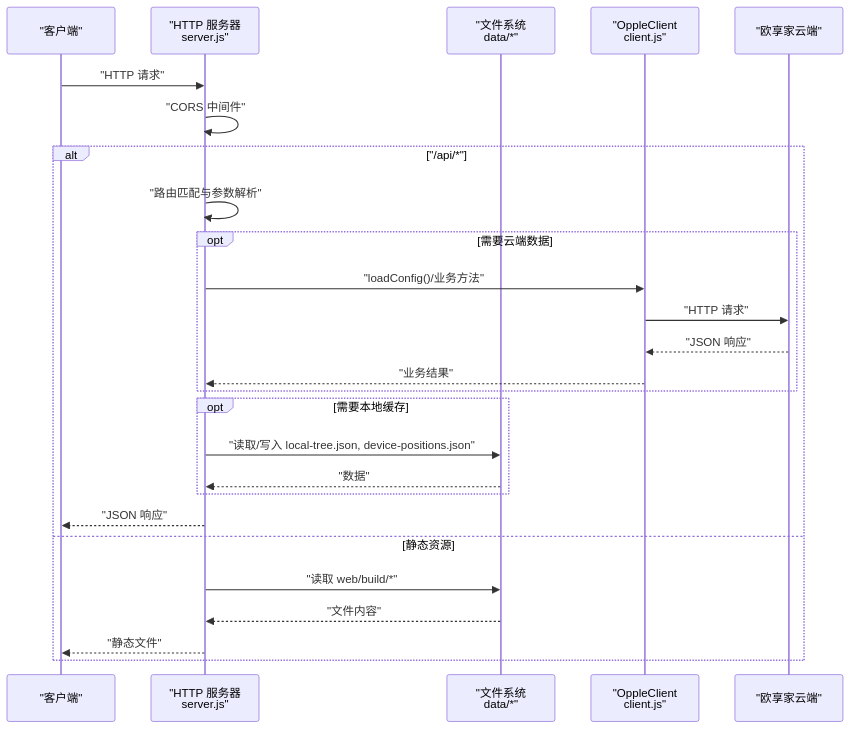
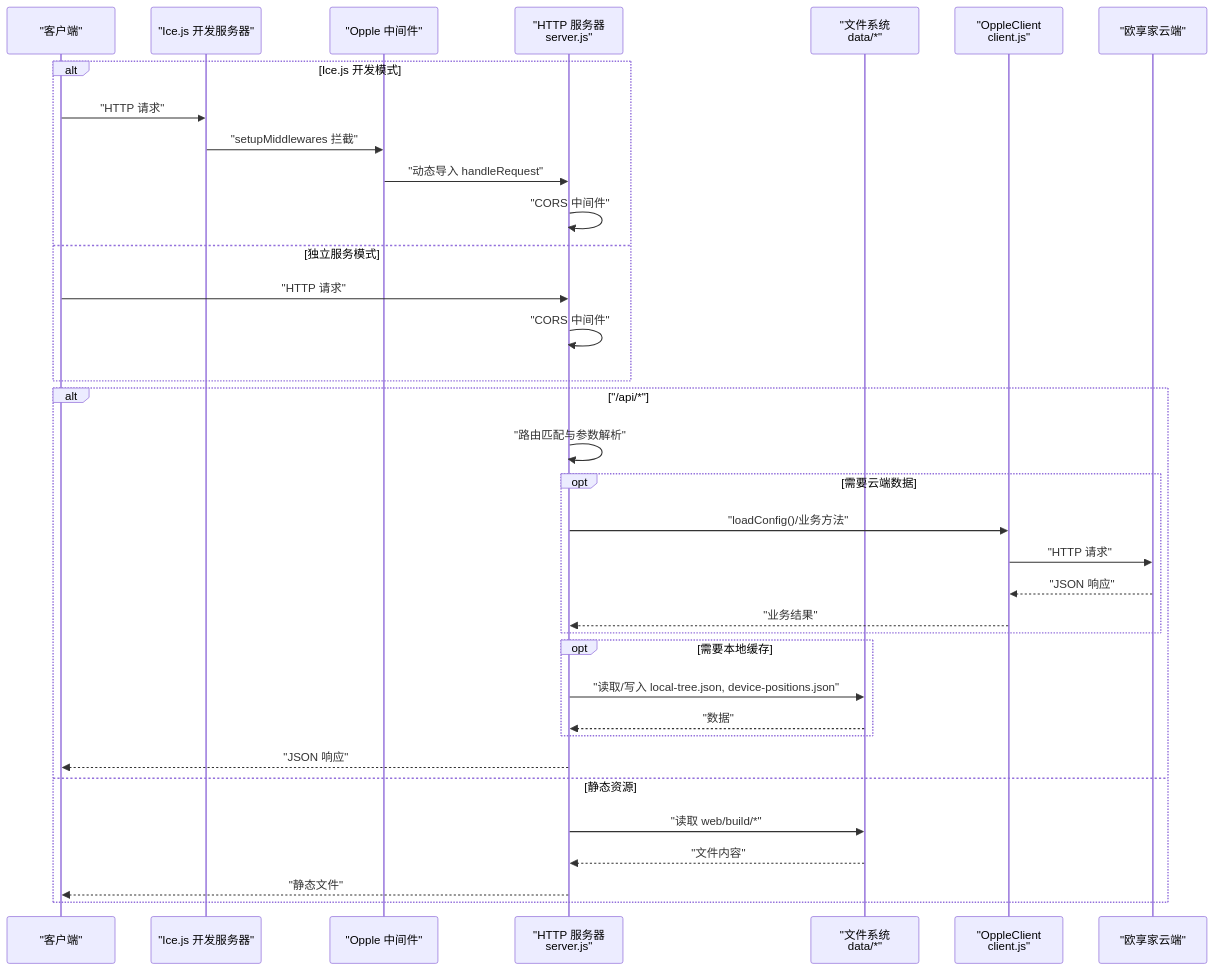
Before and after one commit to zh79325/opple-cloud-adapter: the second of 13 diagrams in .qoder/repowiki/zh/content/核心模块详解/Server 服务端模块.md, drawn with Mermaid. The commit also changed other lines of this file and 30 other files, not shown here.

````diff
--- a/.qoder/repowiki/zh/content/核心模块详解/Server 服务端模块.md
+++ b/.qoder/repowiki/zh/content/核心模块详解/Server 服务端模块.md
@@ -87,28 +110,37 @@
 ```mermaid
 sequenceDiagram
 participant Client as "客户端"
+participant IceDev as "Ice.js 开发服务器"
+participant Middleware as "Opple 中间件"
 participant Server as "HTTP 服务器<br/>server.js"
 participant FS as "文件系统<br/>data/*"
 participant ClientLib as "OppleClient<br/>client.js"
 participant Cloud as "欧享家云端"
+alt Ice.js 开发模式
+Client->>IceDev : "HTTP 请求"
+IceDev->>Middleware : "setupMiddlewares 拦截"
+Middleware->>Server : "动态导入 handleRequest"
+Server->>Server : "CORS 中间件"
+else 独立服务模式
 Client->>Server : "HTTP 请求"
 Server->>Server : "CORS 中间件"
+end
 alt "/api/*"
 Server->>Server : "路由匹配与参数解析"
 opt 需要云端数据
 Server->>ClientLib : "loadConfig()/业务方法"
 ClientLib->>Cloud : "HTTP 请求"
 Cloud-->>ClientLib : "JSON 响应"
 ClientLib-->>Server : "业务结果"
 end
 opt 需要本地缓存
 Server->>FS : "读取/写入 local-tree.json, device-positions.json"
 FS-->>Server : "数据"
 end
 Server-->>Client : "JSON 响应"
 else 静态资源
 Server->>FS : "读取 web/build/*"
 FS-->>Server : "文件内容"
 Server-->>Client : "静态文件"
 end
 ```
````
